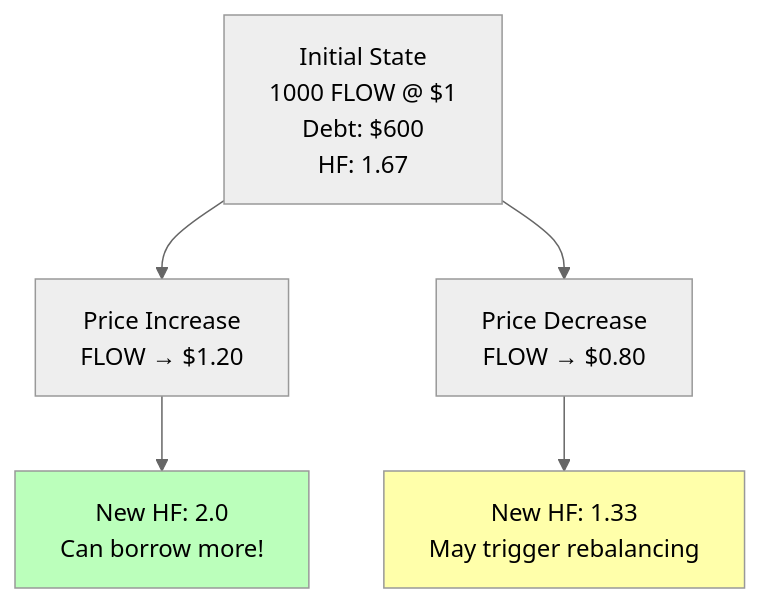
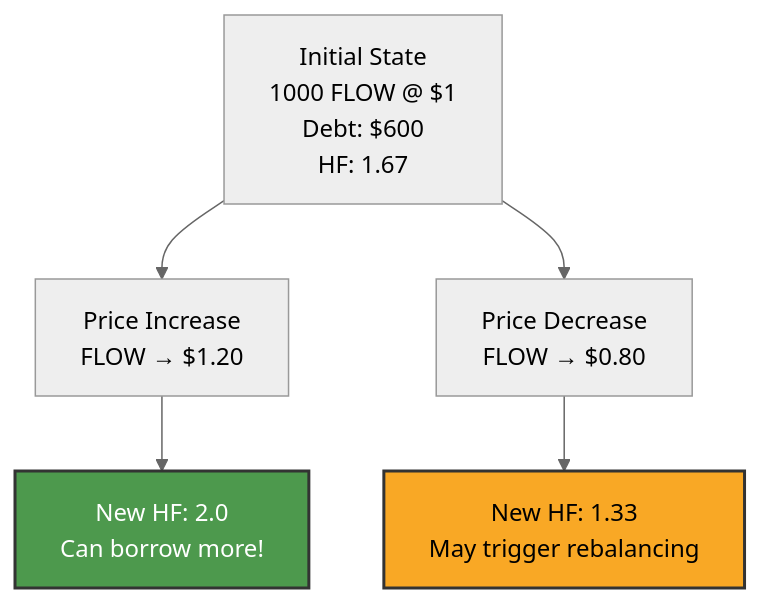
One commit to onflow/docs changed the fifth of 7 diagrams in docs/defi/alp/credit-market-mechanics.md. Above: the diagram before and after it, drawn with Mermaid (neutral theme). The commit also changed other lines of this file and 12 other files, not shown here.

````diff
--- a/docs/defi/alp/credit-market-mechanics.md
+++ b/docs/defi/alp/credit-market-mechanics.md
@@ -191,13 +191,13 @@
 ```mermaid
 graph TD
     Initial[Initial State<br/>1000 FLOW @ $1<br/>Debt: $600<br/>HF: 1.67]
 
     Initial --> Up[Price Increase<br/>FLOW → $1.20]
     Initial --> Down[Price Decrease<br/>FLOW → $0.80]
 
     Up --> UpResult[New HF: 2.0<br/>Can borrow more!]
     Down --> DownResult[New HF: 1.33<br/>May trigger rebalancing]
 
-    style UpResult fill:#bfb
-    style DownResult fill:#ffa
+    style UpResult fill:#4d994d,stroke:#333,stroke-width:2px,color:#fff
+    style DownResult fill:#f9a825,stroke:#333,stroke-width:2px
 ```
````
